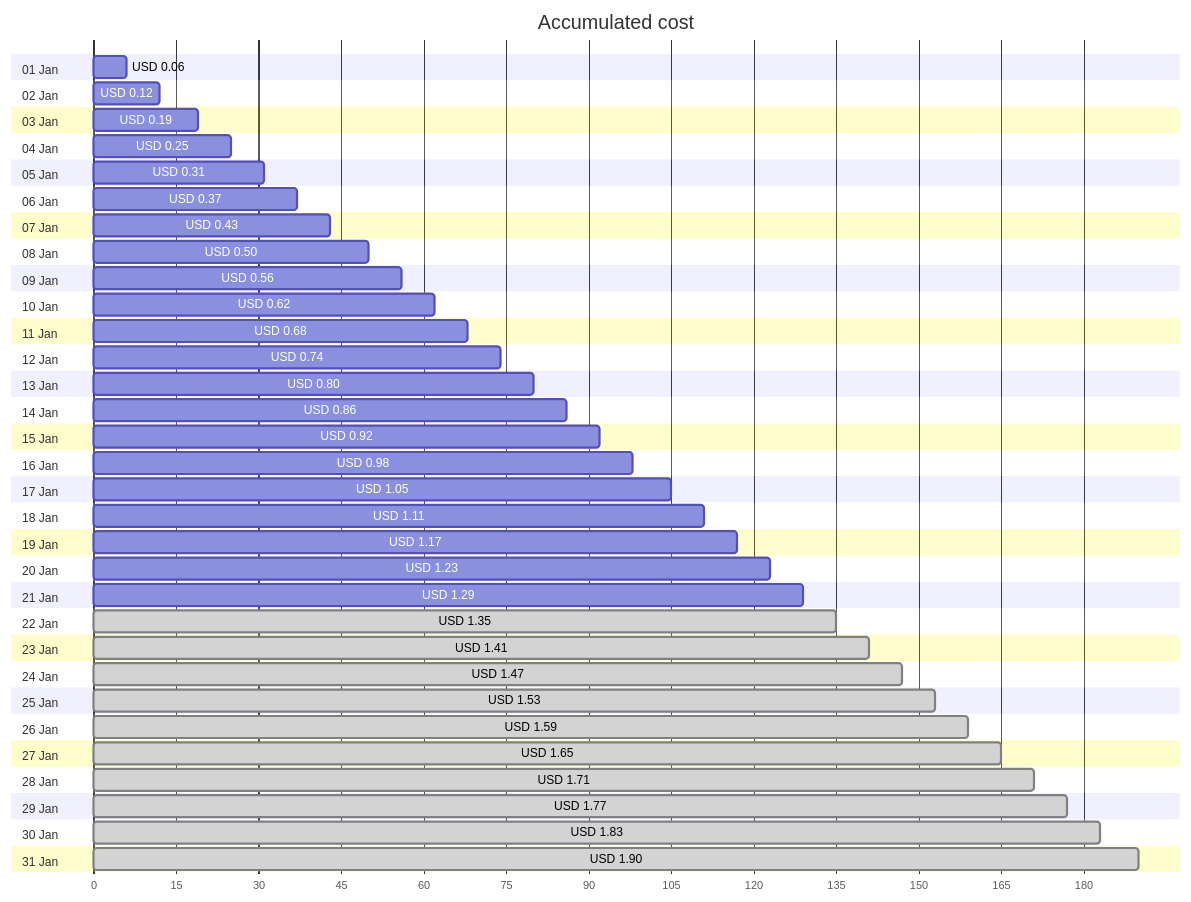
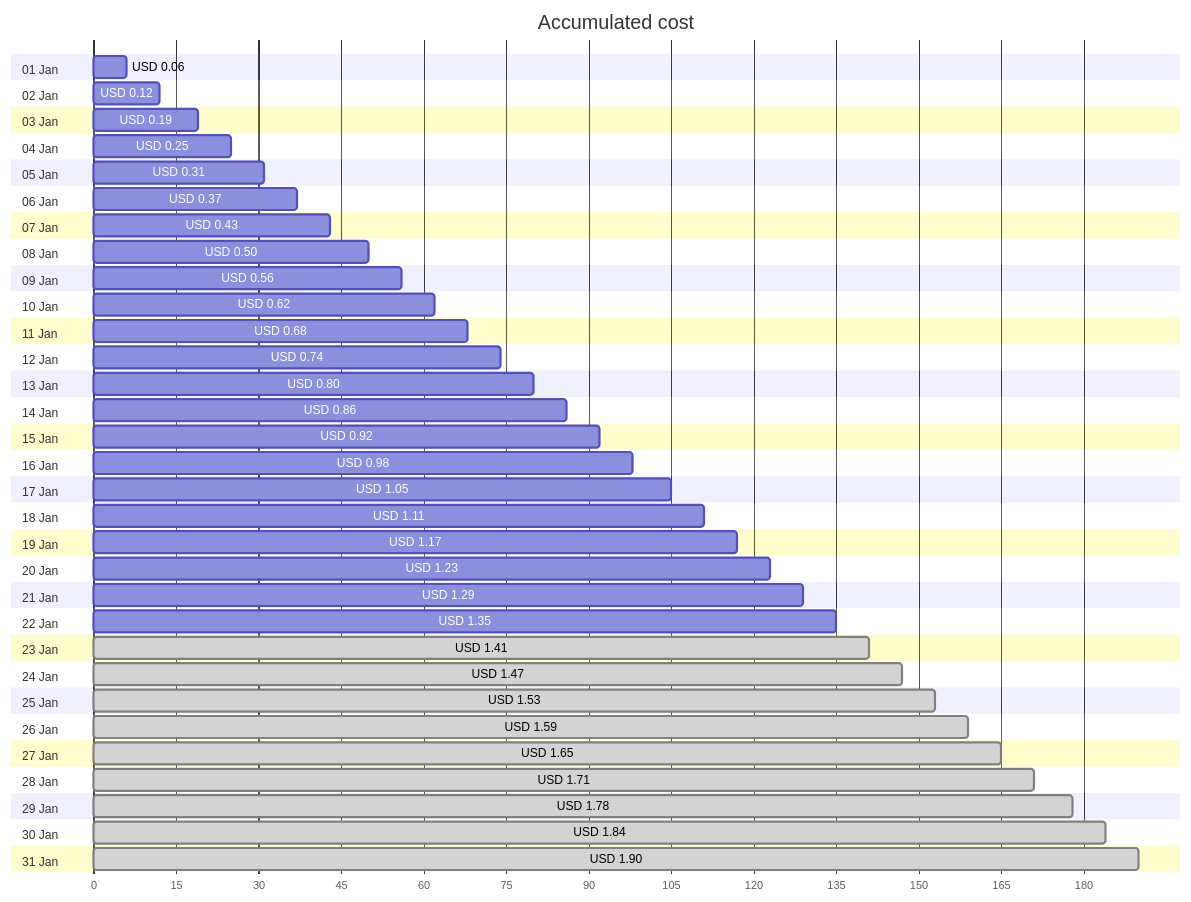
The first of 4 diagrams in cost-reports/personal-network/backup-server_OsDisk.md (jpfulton/azure-personal-reports), drawn with Mermaid before and after one commit. The commit also changed other lines of this file and 8 other files, not shown here.

````diff
--- a/cost-reports/personal-network/backup-server_OsDisk.md
+++ b/cost-reports/personal-network/backup-server_OsDisk.md
@@ -20,68 +20,68 @@
 ```mermaid
 gantt
    title Accumulated cost
    dateFormat  X
    axisFormat %s
    section 01 Jan
    USD 0.06 :0, 6
    section 02 Jan
    USD 0.12 :0, 12
    section 03 Jan
    USD 0.19 :0, 19
    section 04 Jan
    USD 0.25 :0, 25
    section 05 Jan
    USD 0.31 :0, 31
    section 06 Jan
    USD 0.37 :0, 37
    section 07 Jan
    USD 0.43 :0, 43
    section 08 Jan
    USD 0.50 :0, 50
    section 09 Jan
    USD 0.56 :0, 56
    section 10 Jan
    USD 0.62 :0, 62
    section 11 Jan
    USD 0.68 :0, 68
    section 12 Jan
    USD 0.74 :0, 74
    section 13 Jan
    USD 0.80 :0, 80
    section 14 Jan
    USD 0.86 :0, 86
    section 15 Jan
    USD 0.92 :0, 92
    section 16 Jan
    USD 0.98 :0, 98
    section 17 Jan
    USD 1.05 :0, 105
    section 18 Jan
    USD 1.11 :0, 111
    section 19 Jan
    USD 1.17 :0, 117
    section 20 Jan
    USD 1.23 :0, 123
    section 21 Jan
    USD 1.29 :0, 129
    section 22 Jan
-   USD 1.35 : done, 0, 135
+   USD 1.35 :0, 135
    section 23 Jan
    USD 1.41 : done, 0, 141
    section 24 Jan
    USD 1.47 : done, 0, 147
    section 25 Jan
    USD 1.53 : done, 0, 153
    section 26 Jan
    USD 1.59 : done, 0, 159
    section 27 Jan
    USD 1.65 : done, 0, 165
    section 28 Jan
    USD 1.71 : done, 0, 171
    section 29 Jan
-   USD 1.77 : done, 0, 177
+   USD 1.78 : done, 0, 178
    section 30 Jan
-   USD 1.83 : done, 0, 183
+   USD 1.84 : done, 0, 184
    section 31 Jan
    USD 1.90 : done, 0, 190
 ```
````
